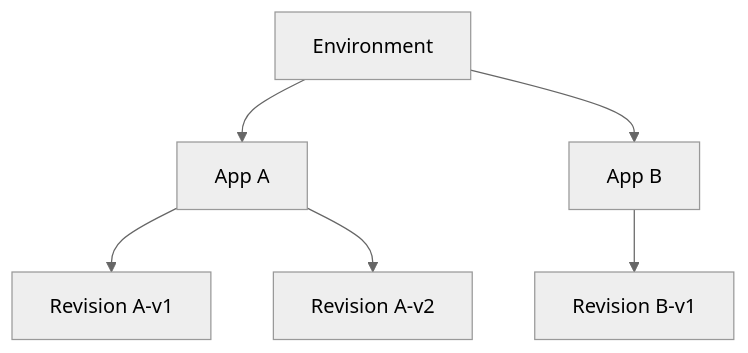
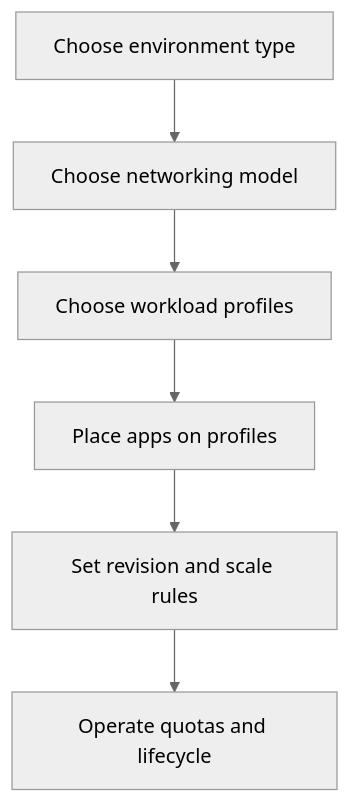
The diagram in docs/platform/environments/index.md (yeongseon/azure-container-apps-practical-guide), drawn with Mermaid (neutral theme) before and after one commit. The commit also changed other lines of this file and 12 other files, not shown here.

First line of the commit message:
docs: deepen environments (plans, workload profiles, networking, limits, migration)

````diff
--- a/docs/platform/environments/index.md
+++ b/docs/platform/environments/index.md
@@ -79,8 +36,8 @@
 ```mermaid
-graph TD
-    ENV[Environment] --> APPA[App A]
-    ENV --> APPB[App B]
-    APPA --> RA1[Revision A-v1]
-    APPA --> RA2[Revision A-v2]
-    APPB --> RB1[Revision B-v1]
+flowchart TD
+    A[Choose environment type] --> B[Choose networking model]
+    B --> C[Choose workload profiles]
+    C --> D[Place apps on profiles]
+    D --> E[Set revision and scale rules]
+    E --> F[Operate quotas and lifecycle]
 ```
````
